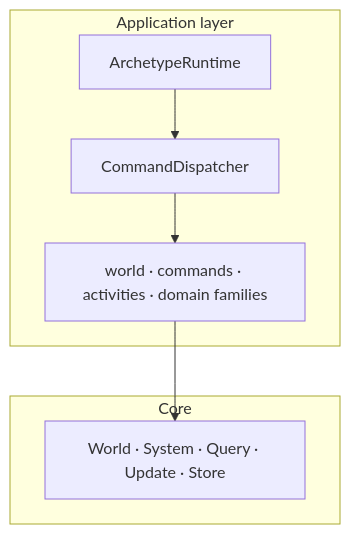
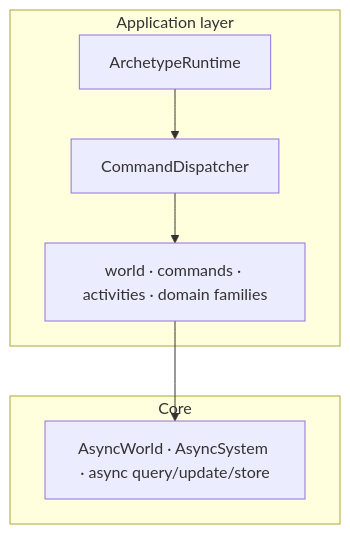
Before and after one commit to VangelisTech/archetype: the seventh of 7 diagrams in docs/guide/core-architecture.md, drawn with Mermaid. The commit also changed other lines of this file and 64 other files, not shown here.

````diff
--- a/docs/guide/core-architecture.md
+++ b/docs/guide/core-architecture.md
@@ -191,16 +192,16 @@
 ```mermaid
 graph TB
     subgraph "Application layer"
         RT["ArchetypeRuntime"]
         Disp["CommandDispatcher"]
         Families["world · commands · activities · domain families"]
     end
 
     subgraph "Core"
-        Engine["World · System · Query · Update · Store"]
+        Engine["AsyncWorld · AsyncSystem · async query/update/store"]
     end
 
     RT --> Disp
     Disp --> Families
     Families --> Engine
 ```
````
